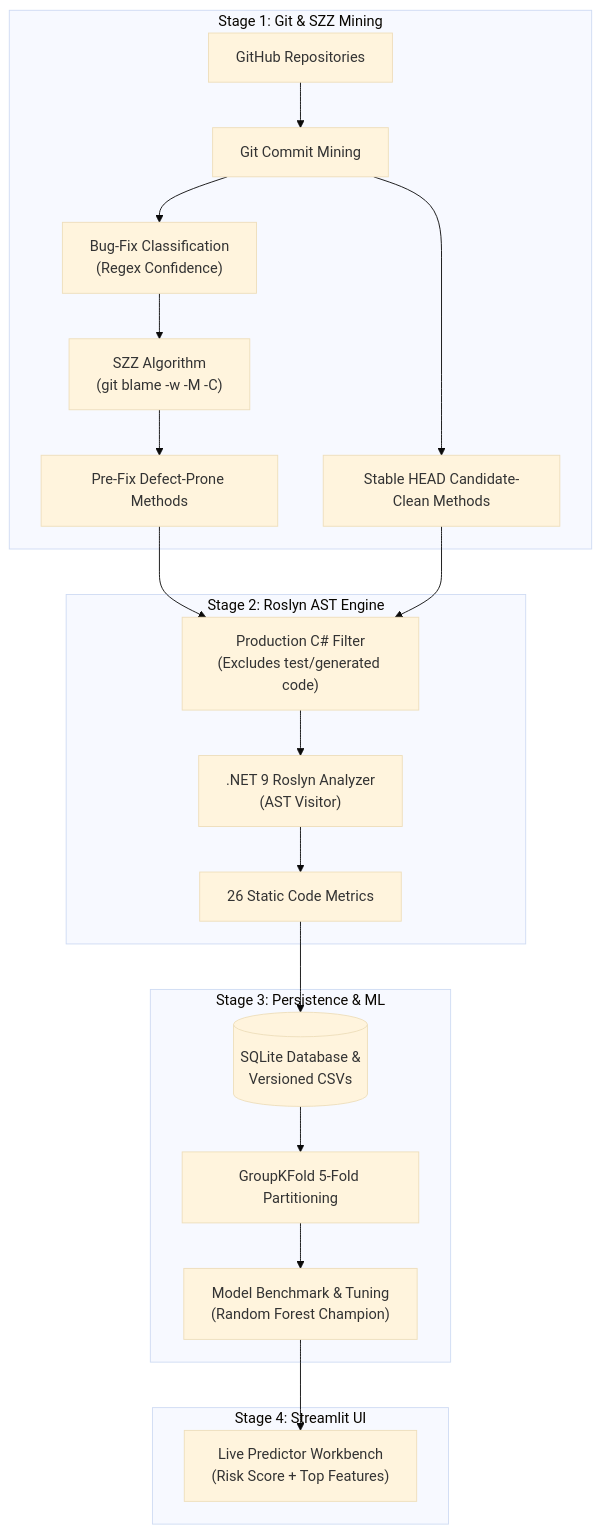
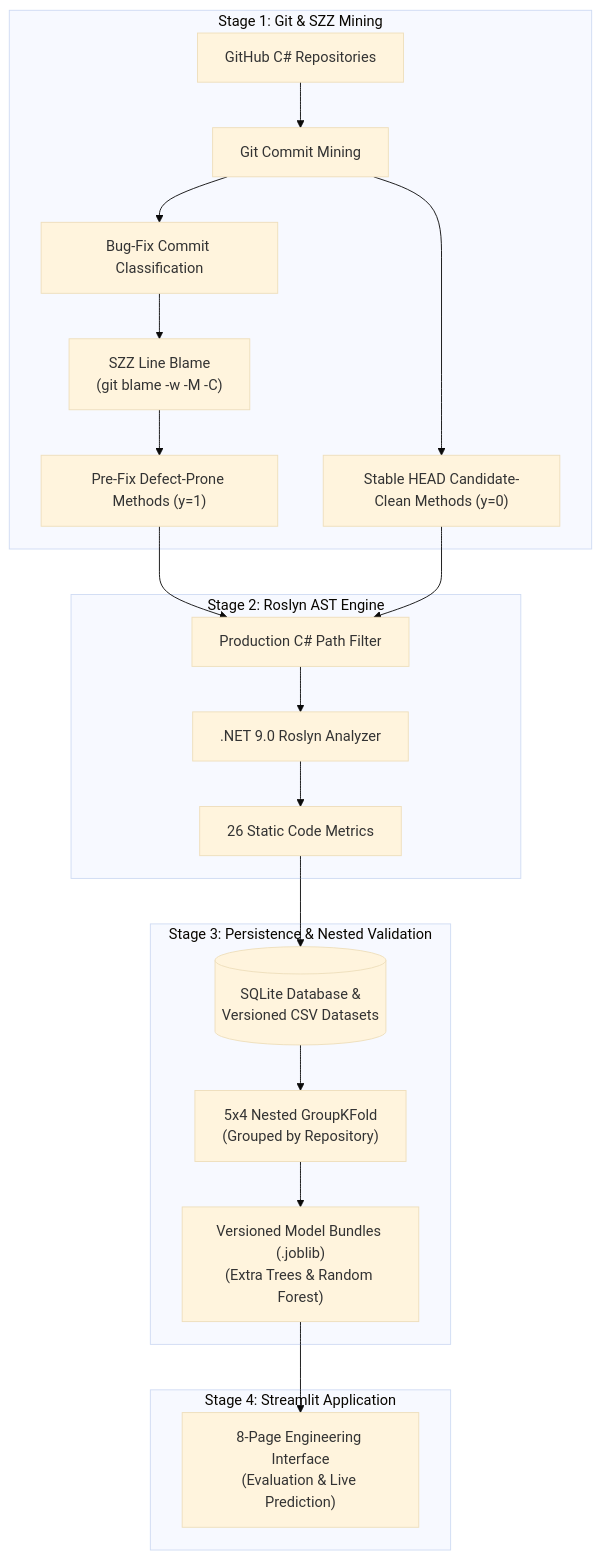
Before and after one commit to BogdanCTU/Applied-Computational-Intelligence-UBB: the first of 2 diagrams in Year2_Semester1_ComputationalIntelligenceSoftwareEngineering/CISE_Project2/6_Presentation/03_SystemArchitecture.md, drawn with Mermaid (base theme). The commit also changed other lines of this file and 18 other files, not shown here.

````diff
--- a/Year2_Semester1_ComputationalIntelligenceSoftwareEngineering/CISE_Project2/6_Presentation/03_SystemArchitecture.md
+++ b/Year2_Semester1_ComputationalIntelligenceSoftwareEngineering/CISE_Project2/6_Presentation/03_SystemArchitecture.md
@@ -9,27 +9,27 @@
 ```mermaid
 flowchart TD
     subgraph Stage1["Stage 1: Git & SZZ Mining"]
-        A["GitHub Repositories"] --> B["Git Commit Mining"]
-        B --> C["Bug-Fix Classification<br/>(Regex Confidence)"]
-        C --> D["SZZ Algorithm<br/>(git blame -w -M -C)"]
-        D --> E["Pre-Fix Defect-Prone Methods"]
-        B --> F["Stable HEAD Candidate-Clean Methods"]
+        A["GitHub C# Repositories"] --> B["Git Commit Mining"]
+        B --> C["Bug-Fix Commit Classification"]
+        C --> D["SZZ Line Blame<br/>(git blame -w -M -C)"]
+        D --> E["Pre-Fix Defect-Prone Methods (y=1)"]
+        B --> F["Stable HEAD Candidate-Clean Methods (y=0)"]
     end
 
     subgraph Stage2["Stage 2: Roslyn AST Engine"]
-        E --> G["Production C# Filter<br/>(Excludes test/generated code)"]
+        E --> G["Production C# Path Filter"]
         F --> G
-        G --> H[".NET 9 Roslyn Analyzer<br/>(AST Visitor)"]
+        G --> H[".NET 9.0 Roslyn Analyzer"]
         H --> I["26 Static Code Metrics"]
     end
 
-    subgraph Stage3["Stage 3: Persistence & ML"]
-        I --> J[("SQLite Database &<br/>Versioned CSVs")]
-        J --> K["GroupKFold 5-Fold Partitioning"]
-        K --> L["Model Benchmark & Tuning<br/>(Random Forest Champion)"]
+    subgraph Stage3["Stage 3: Persistence & Nested Validation"]
+        I --> J[("SQLite Database &<br/>Versioned CSV Datasets")]
+        J --> K["5x4 Nested GroupKFold<br/>(Grouped by Repository)"]
+        K --> L["Versioned Model Bundles (.joblib)<br/>(Extra Trees & Random Forest)"]
     end
 
-    subgraph Stage4["Stage 4: Streamlit UI"]
-        L --> M["Live Predictor Workbench<br/>(Risk Score + Top Features)"]
+    subgraph Stage4["Stage 4: Streamlit Application"]
+        L --> M["8-Page Engineering Interface<br/>(Evaluation & Live Prediction)"]
     end
 ```
````
